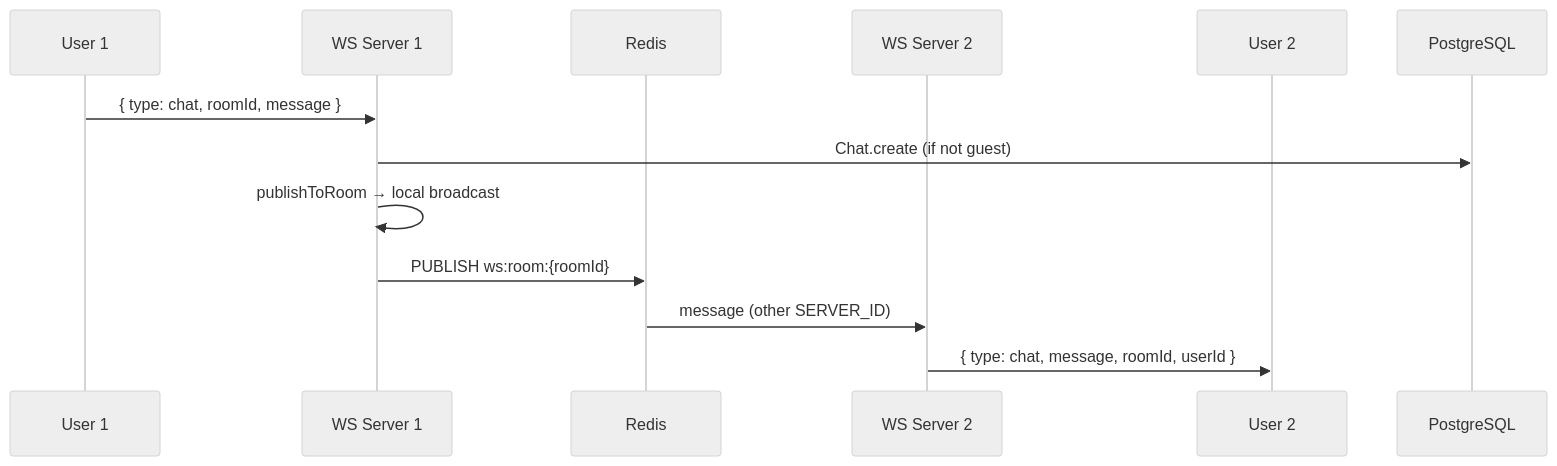
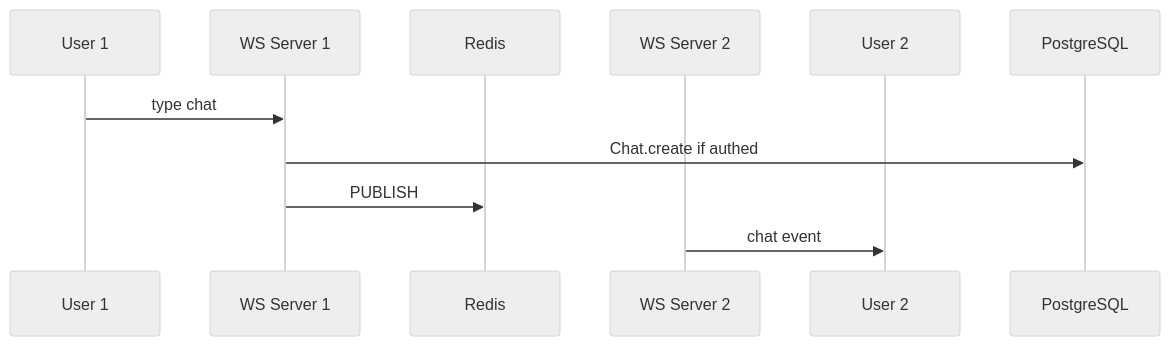
The tenth of 12 diagrams in README.md (shivamkr082003/draw-app), drawn with Mermaid (neutral theme) before and after one commit. The commit also changed other lines of this file, not shown here.

Commit message:
docs: improve README and diagrams

````diff
--- a/README.md
+++ b/README.md
@@ -343,16 +392,14 @@
 ```mermaid
 sequenceDiagram
     participant U1 as User 1
-    participant WS1 as WS Server 1
-    participant RD as Redis
-    participant WS2 as WS Server 2
+    participant W1 as WS Server 1
+    participant R as Redis
+    participant W2 as WS Server 2
     participant U2 as User 2
     participant P as PostgreSQL
 
-    U1->>WS1: { type: chat, roomId, message }
-    WS1->>P: Chat.create (if not guest)
-    WS1->>WS1: publishToRoom → local broadcast
-    WS1->>RD: PUBLISH ws:room:{roomId}
-    RD->>WS2: message (other SERVER_ID)
-    WS2->>U2: { type: chat, message, roomId, userId }
+    U1->>W1: type chat
+    W1->>P: Chat.create if authed
+    W1->>R: PUBLISH
+    W2->>U2: chat event
 ```
````
